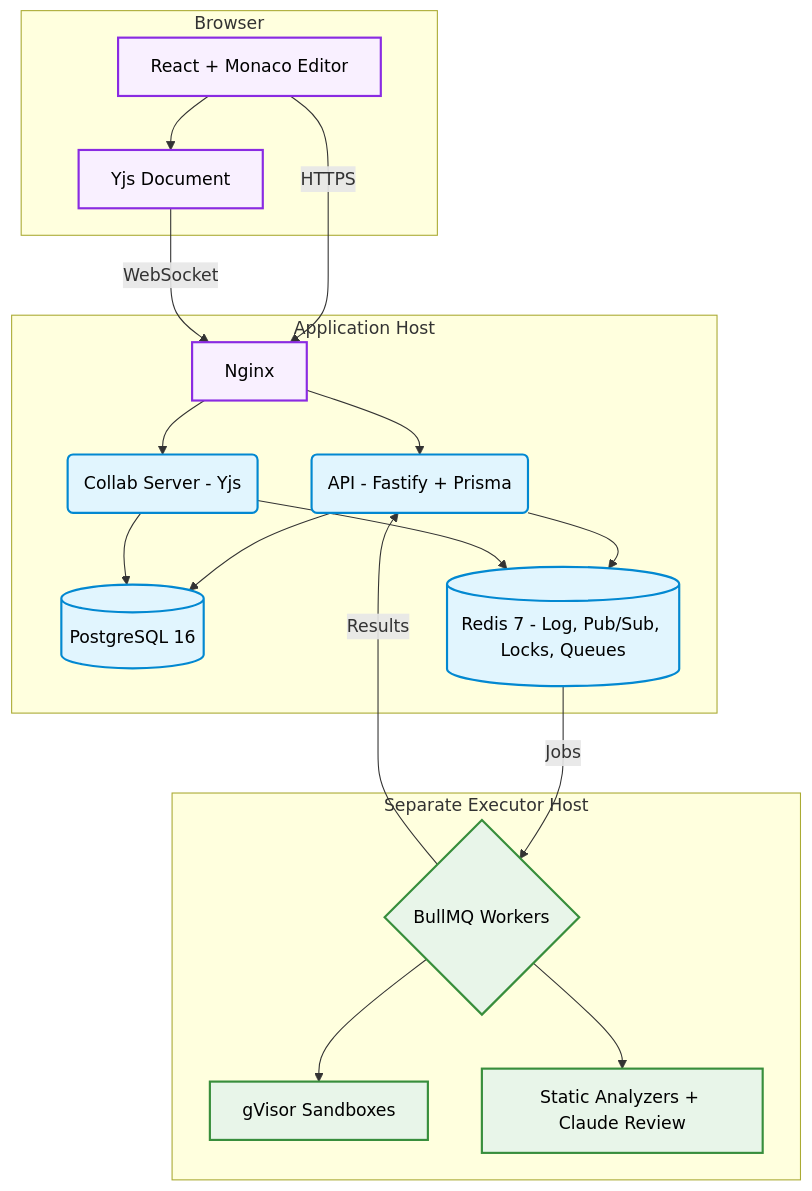
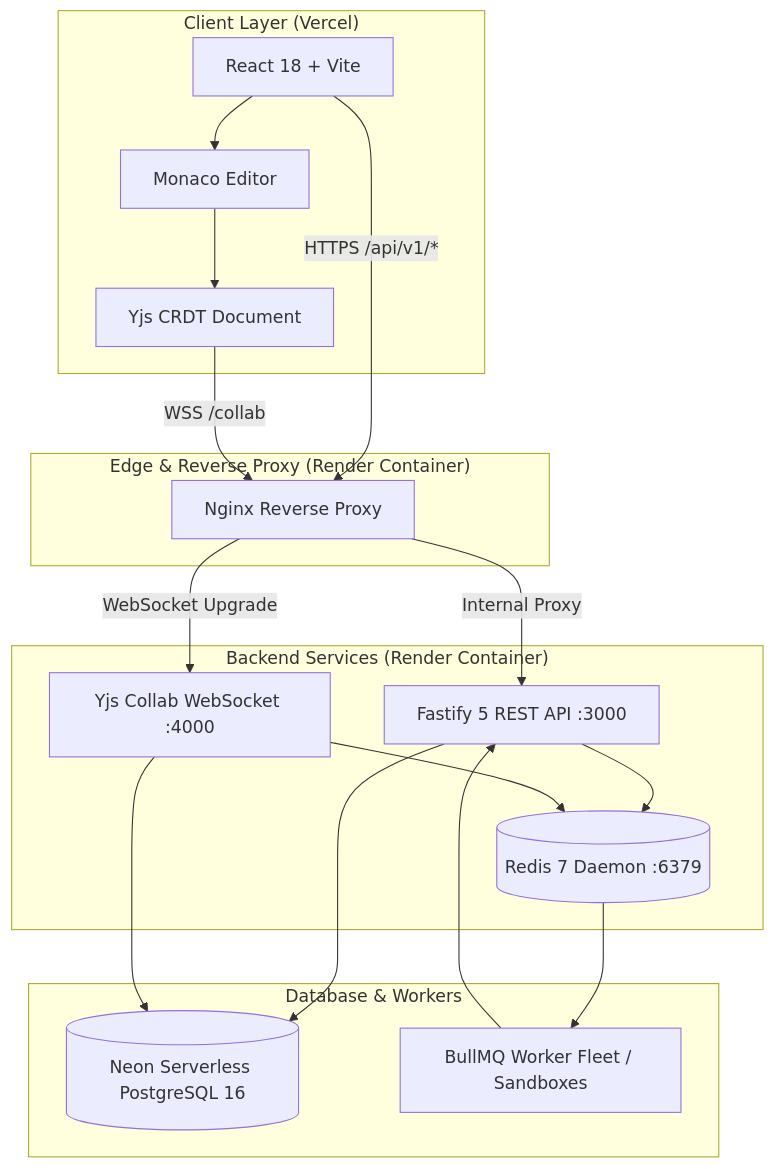
Before and after one commit to aryan11singh/synctax: the diagram in README.md, drawn with Mermaid. The commit also changed other lines of this file, not shown here.

Commit message:
docs: modernize README with live cloud architecture, deployment guide, and badges

````diff
--- a/README.md
+++ b/README.md
@@ -17,33 +43,33 @@
 ```mermaid
 graph TD
-    subgraph "Browser"
-    A[React + Monaco Editor] --> B[Yjs Document]
+    subgraph "Client Layer (Vercel)"
+        A[React 18 + Vite] --> B[Monaco Editor]
+        B --> C[Yjs CRDT Document]
     end
 
-    subgraph "Application Host"
-    C[Nginx] --> D(API - Fastify + Prisma)
-    C --> E(Collab Server - Yjs)
-    D --> F[(PostgreSQL 16)]
-    E --> F
-    D --> G[(Redis 7 - Log, Pub/Sub, Locks, Queues)]
-    E --> G
+    subgraph "Edge & Reverse Proxy (Render Container)"
+        D[Nginx Reverse Proxy]
     end
 
-    subgraph "Separate Executor Host"
-    H{BullMQ Workers} --> I[gVisor Sandboxes]
-    H --> J[Static Analyzers + Claude Review]
+    subgraph "Backend Services (Render Container)"
+        E[Fastify 5 REST API :3000]
+        F[Yjs Collab WebSocket :4000]
+        G[(Redis 7 Daemon :6379)]
     end
 
-    A -->|HTTPS| C
-    B -->|WebSocket| C
-    G -->|Jobs| H
-    H -->|Results| D
+    subgraph "Database & Workers"
+        H[(Neon Serverless PostgreSQL 16)]
+        I[BullMQ Worker Fleet / Sandboxes]
+    end
 
-    classDef io fill:#f9f0ff,stroke:#8a2be2,stroke-width:2px,color:#000;
-    classDef core fill:#e1f5fe,stroke:#0288d1,stroke-width:2px,color:#000;
-    classDef logic fill:#e8f5e9,stroke:#388e3c,stroke-width:2px,color:#000;
-
-    class A,B,C io;
-    class D,E,F,G core;
-    class H,I,J logic;
+    A -->|HTTPS /api/v1/*| D
+    C -->|WSS /collab| D
+    D -->|Internal Proxy| E
+    D -->|WebSocket Upgrade| F
+    E --> H
+    F --> H
+    E --> G
+    F --> G
+    G --> I
+    I --> E
 ```
````
